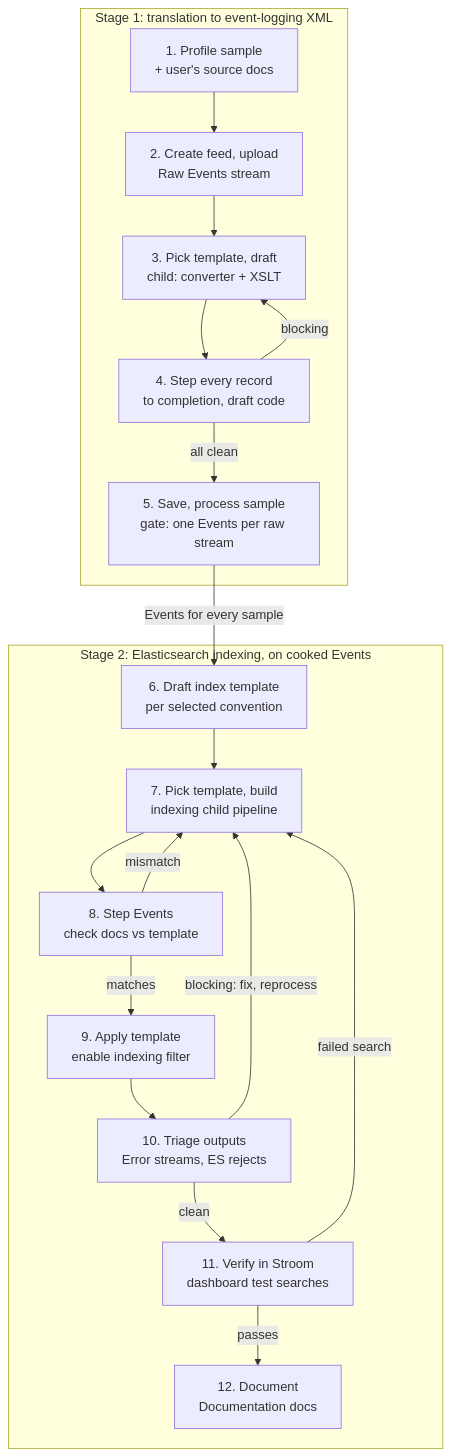
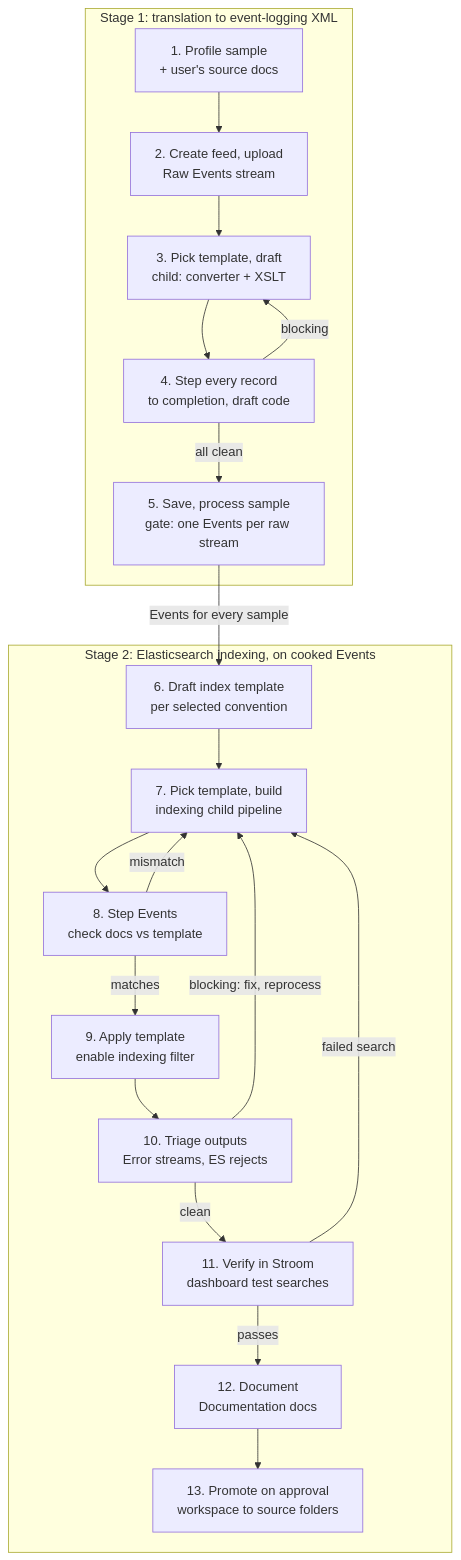
One commit to gradata-systems/stroom-fastmcp-server changed the first of 3 diagrams in docs/DESIGN.md. Above: the diagram before and after it, drawn with Mermaid. The commit also changed other lines of this file and 1 other file, not shown here.

First line of the commit message:
Design: workspace promotion, update versioning and live-review findings

````diff
--- a/docs/DESIGN.md
+++ b/docs/DESIGN.md
@@ -30,22 +30,23 @@
 ```mermaid
 flowchart TD
     subgraph S1[Stage 1: translation to event-logging XML]
         A[1. Profile sample<br/>+ user's source docs] --> B[2. Create feed, upload<br/>Raw Events stream]
         B --> C[3. Pick template, draft<br/>child: converter + XSLT]
         C --> D[4. Step every record<br/>to completion, draft code]
         D -- blocking --> C
         D -- all clean --> E[5. Save, process sample<br/>gate: one Events per raw stream]
     end
     subgraph S2[Stage 2: Elasticsearch indexing, on cooked Events]
         F[6. Draft index template<br/>per selected convention] --> G[7. Pick template, build<br/>indexing child pipeline]
         G --> H[8. Step Events<br/>check docs vs template]
         H -- mismatch --> G
         H -- matches --> I[9. Apply template<br/>enable indexing filter]
         I --> J[10. Triage outputs<br/>Error streams, ES rejects]
         J -- blocking: fix, reprocess --> G
         J -- clean --> K[11. Verify in Stroom<br/>dashboard test searches]
         K -- passes --> L[12. Document<br/>Documentation docs]
+        L --> M[13. Promote on approval<br/>workspace to source folders]
         K -- failed search --> G
     end
     E -- Events for every sample --> F
 ```
````
